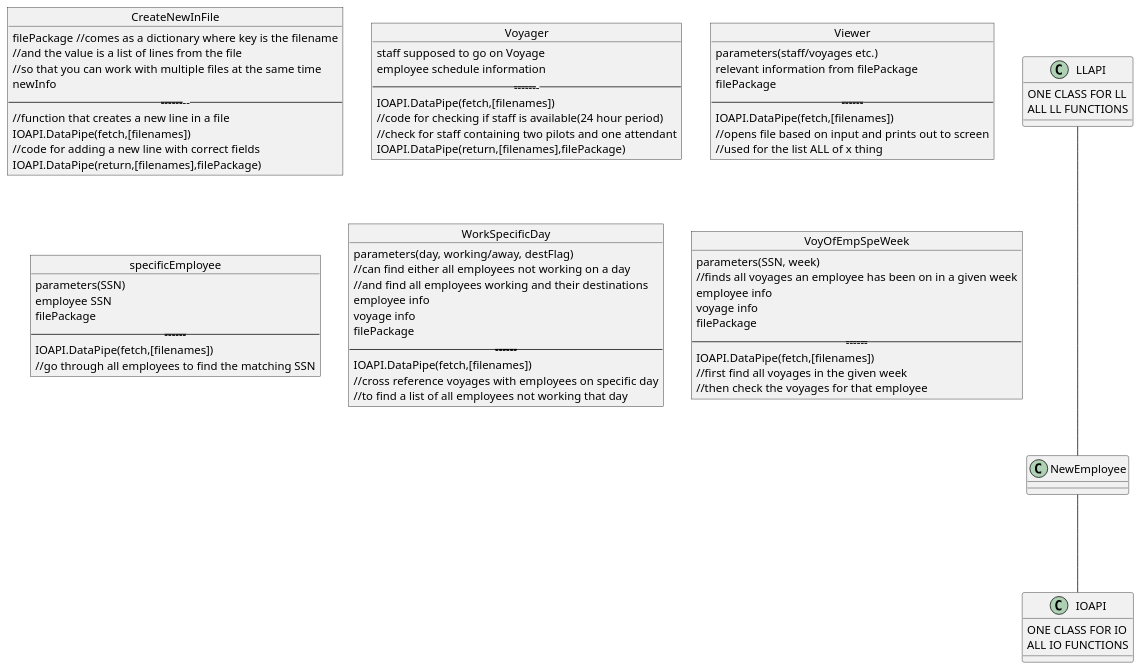
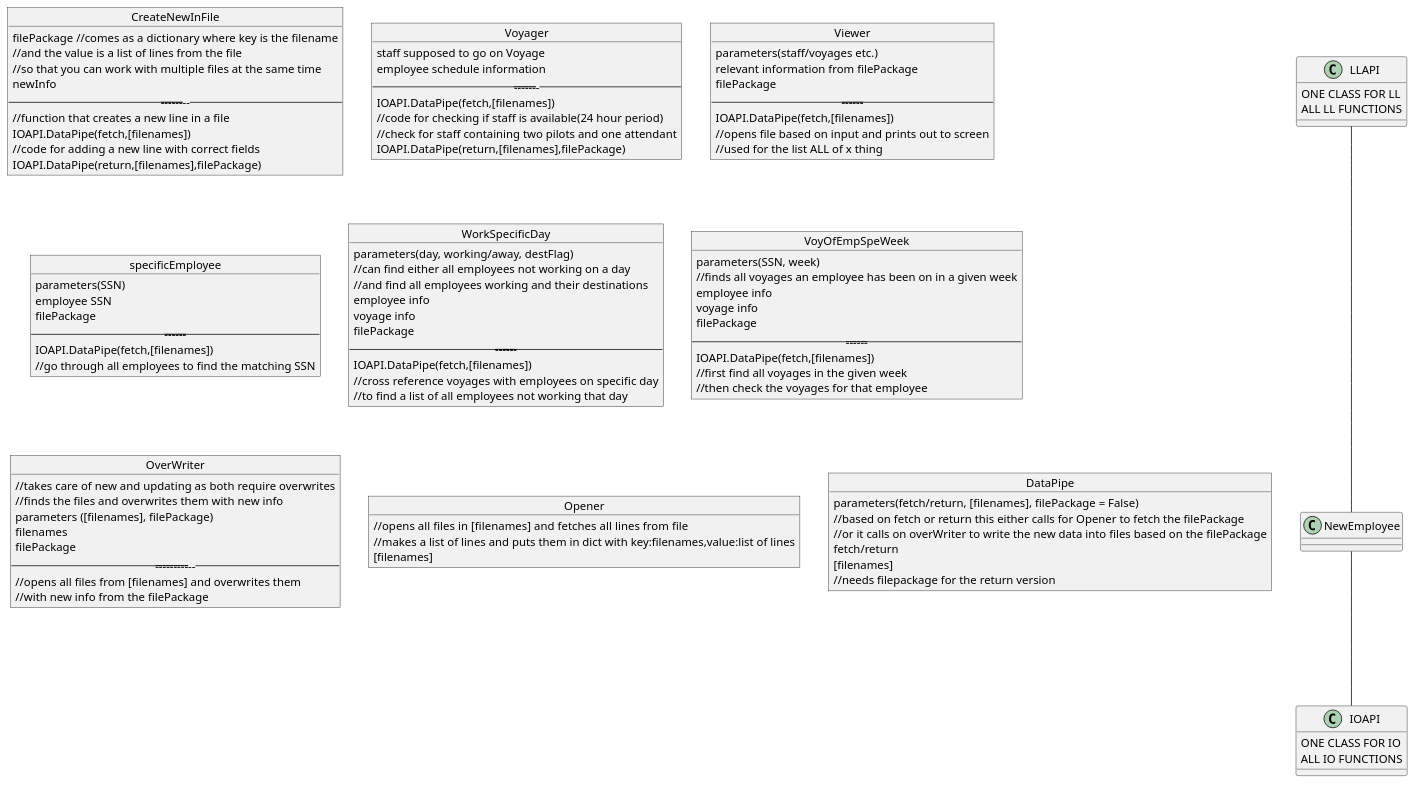
The diagram in layeredrit.wsd (MyraMidnight/VLN1_h16), drawn with PlantUML before and after one commit.

Commit message:
90% needs connection lines

```diff
--- a/layeredrit.wsd
+++ b/layeredrit.wsd
@@ -3,85 +3,111 @@
 @startuml Layeredrit
 
 
 
 class LLAPI {
     ONE CLASS FOR LL
     ALL LL FUNCTIONS
 }
 
 object CreateNewInFile {
     filePackage //comes as a dictionary where key is the filename
     //and the value is a list of lines from the file
     //so that you can work with multiple files at the same time
     newInfo
     ------------------------------------
     //function that creates a new line in a file
     IOAPI.DataPipe(fetch,[filenames])
     //code for adding a new line with correct fields
     IOAPI.DataPipe(return,[filenames],filePackage)
 }
 
 object Voyager {
     staff supposed to go on Voyage
     employee schedule information
     -----------------------------------
     IOAPI.DataPipe(fetch,[filenames])
     //code for checking if staff is available(24 hour period)
     //check for staff containing two pilots and one attendant
     IOAPI.DataPipe(return,[filenames],filePackage)
 }
 
 object Viewer {
     parameters(staff/voyages etc.)
     relevant information from filePackage
     filePackage
     ----------------------------------
     IOAPI.DataPipe(fetch,[filenames])
     //opens file based on input and prints out to screen
     //used for the list ALL of x thing
 }
 
 object specificEmployee {
     parameters(SSN)
     employee SSN
     filePackage
     ----------------------------------
     IOAPI.DataPipe(fetch,[filenames])
     //go through all employees to find the matching SSN
 }
 
 object WorkSpecificDay {
     parameters(day, working/away, destFlag)
     //can find either all employees not working on a day
     //and find all employees working and their destinations
     employee info
     voyage info
     filePackage
     ----------------------------------
     IOAPI.DataPipe(fetch,[filenames])
     //cross reference voyages with employees on specific day
     //to find a list of all employees not working that day
 }
 
 object VoyOfEmpSpeWeek {
     parameters(SSN, week)
     //finds all voyages an employee has been on in a given week
     employee info
     voyage info
     filePackage
     ----------------------------------
     IOAPI.DataPipe(fetch,[filenames])
     //first find all voyages in the given week
     //then check the voyages for that employee
 }
 
 class IOAPI {
     ONE CLASS FOR IO
     ALL IO FUNCTIONS
 }
 
+object OverWriter {
+    //takes care of new and updating as both require overwrites
+    //finds the files and overwrites them with new info
+    parameters ([filenames], filePackage)
+    filenames
+    filePackage
+    ---------------------------------------------------
+    //opens all files from [filenames] and overwrites them
+    //with new info from the filePackage
+}
+
+object Opener {
+    //opens all files in  [filenames] and fetches all lines from file
+    //makes a list of lines and puts them in dict with key:filenames,value:list of lines
+    [filenames]
+}
+
+object DataPipe {
+    parameters(fetch/return, [filenames], filePackage = False)
+    //based on fetch or return this either calls for Opener to fetch the filePackage
+    //or it calls on overWriter to write the new data into files based on the filePackage
+    fetch/return
+    [filenames]
+    //needs filepackage for the return version
+    
+} 
 
 LLAPI --- NewEmployee
 NewEmployee --- IOAPI
 
 @enduml
```
